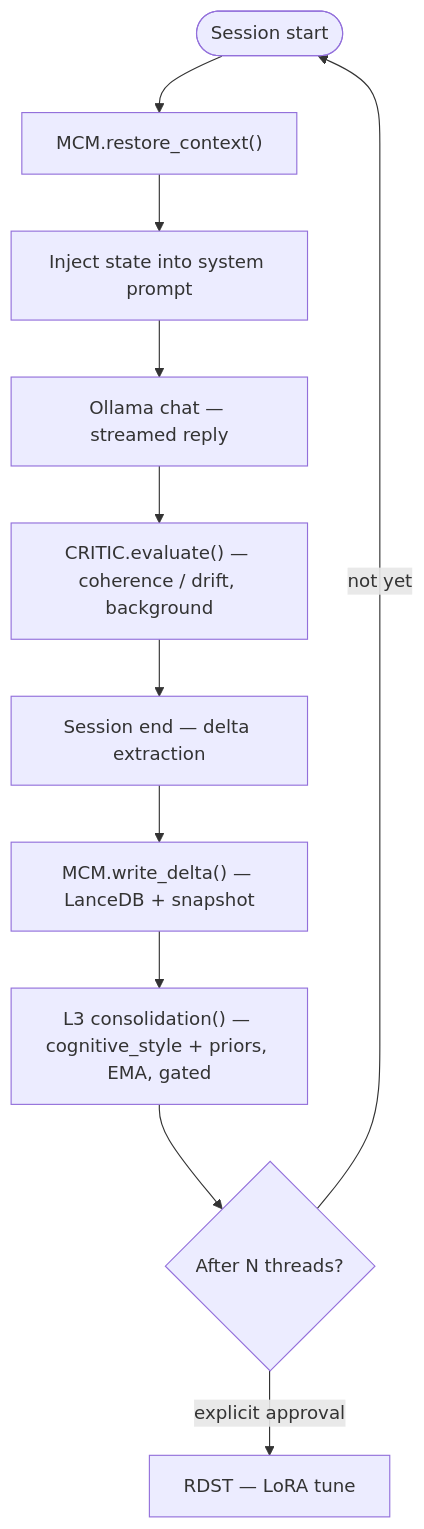
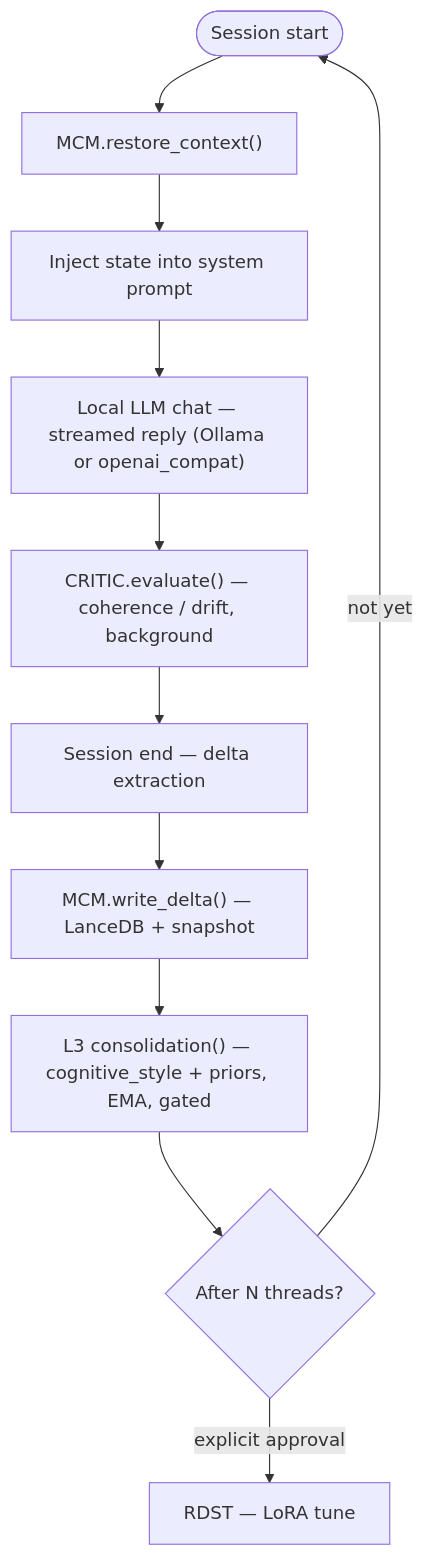
Before and after one commit to StewAlexander-com/continuous-ai: the diagram in README.md, drawn with Mermaid. The commit also changed other lines of this file and 4 other files, not shown here.

````diff
--- a/README.md
+++ b/README.md
@@ -184,13 +185,13 @@
 ```mermaid
 flowchart TD
     A(["Session start"]) --> B["MCM.restore_context()"]
     B --> C["Inject state into system prompt"]
-    C --> D["Ollama chat — streamed reply"]
+    C --> D["Local LLM chat — streamed reply (Ollama or openai_compat)"]
     D --> E["CRITIC.evaluate() — coherence / drift, background"]
     E --> F["Session end — delta extraction"]
     F --> G["MCM.write_delta() — LanceDB + snapshot"]
     G --> H["L3 consolidation() — cognitive_style + priors, EMA, gated"]
     H --> I{"After N threads?"}
     I -->|explicit approval| J["RDST — LoRA tune"]
     I -->|not yet| A
 ```
````
